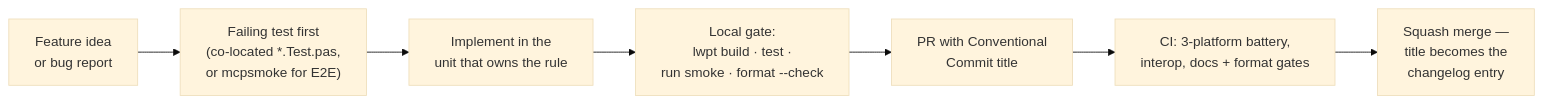
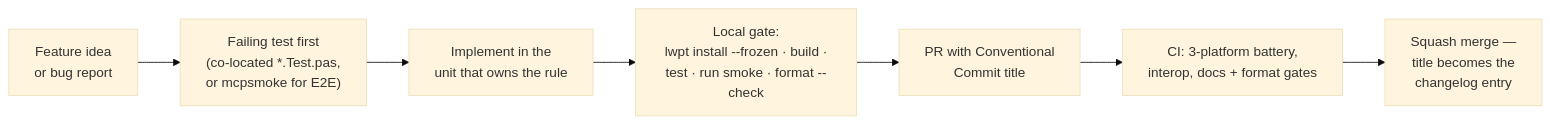
Before and after one commit to frostney/pascal-mcp-sdk: the diagram in docs/internals/contributing.md, drawn with Mermaid (base theme). The commit also changed other lines of this file and 44 other files, not shown here.

````diff
--- a/docs/internals/contributing.md
+++ b/docs/internals/contributing.md
@@ -18,11 +18,11 @@
 ```mermaid
 flowchart LR
     IDEA["Feature idea<br/>or bug report"]
     TEST["Failing test first<br/>(co-located *.Test.pas,<br/>or mcpsmoke for E2E)"]
     OWN["Implement in the<br/>unit that owns the rule"]
-    GATE["Local gate:<br/>lwpt build · test ·<br/>run smoke · format --check"]
+    GATE["Local gate:<br/>lwpt install --frozen · build ·<br/>test · run smoke · format --check"]
     PR["PR with Conventional<br/>Commit title"]
     CI["CI: 3-platform battery,<br/>interop, docs + format gates"]
     MERGE["Squash merge —<br/>title becomes the<br/>changelog entry"]
     IDEA --> TEST --> OWN --> GATE --> PR --> CI --> MERGE
 ```
````
